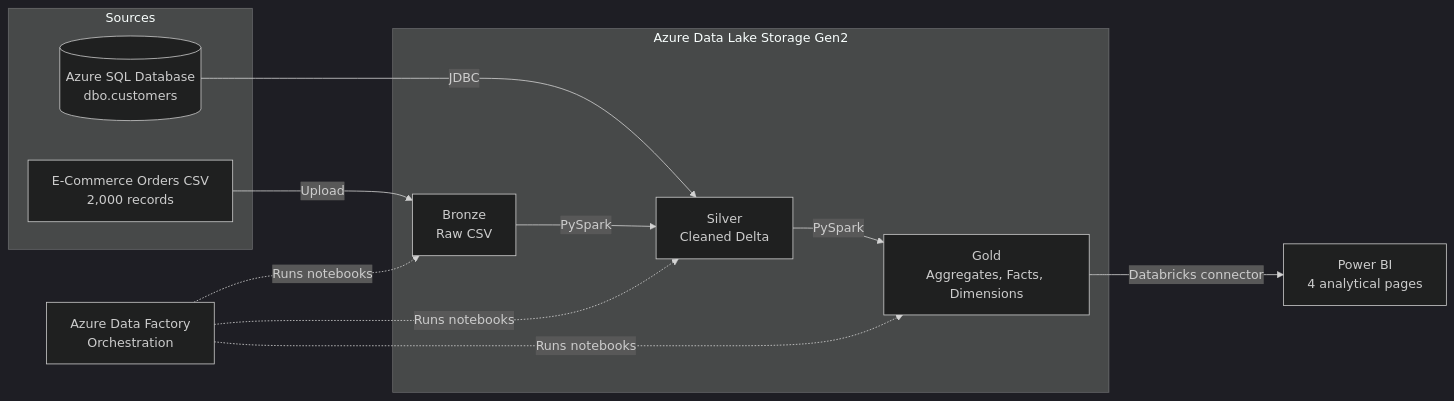
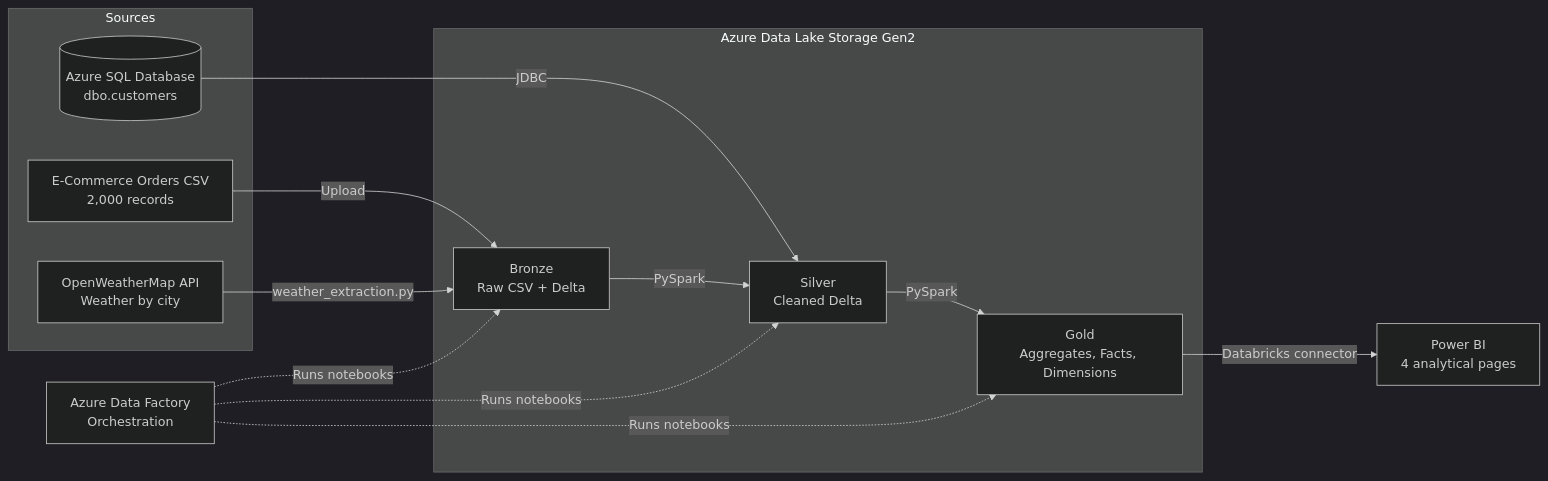
Before and after one commit to piyush080306-pixel/customer360-retail-analytics: the diagram in README.md, drawn with Mermaid (dark theme). The commit also changed other lines of this file and 5 other files, not shown here.

````diff
--- a/README.md
+++ b/README.md
@@ -69,25 +73,27 @@
 ```mermaid
 flowchart LR
     subgraph Sources
         CSV["E-Commerce Orders CSV<br/>2,000 records"]
         SQL[("Azure SQL Database<br/>dbo.customers")]
+        API["OpenWeatherMap API<br/>Weather by city"]
     end
 
     subgraph Azure["Azure Data Lake Storage Gen2"]
-        BRONZE["Bronze<br/>Raw CSV"]
+        BRONZE["Bronze<br/>Raw CSV + Delta"]
         SILVER["Silver<br/>Cleaned Delta"]
         GOLD["Gold<br/>Aggregates, Facts, Dimensions"]
     end
 
     ADF["Azure Data Factory<br/>Orchestration"]
 
     CSV -->|"Upload"| BRONZE
     SQL -->|"JDBC"| SILVER
+    API -->|"weather_extraction.py"| BRONZE
     BRONZE -->|"PySpark"| SILVER
     SILVER -->|"PySpark"| GOLD
     GOLD -->|"Databricks connector"| PBI["Power BI<br/>4 analytical pages"]
 
     ADF -.->|"Runs notebooks"| BRONZE
     ADF -.->|"Runs notebooks"| SILVER
     ADF -.->|"Runs notebooks"| GOLD
 ```
````
